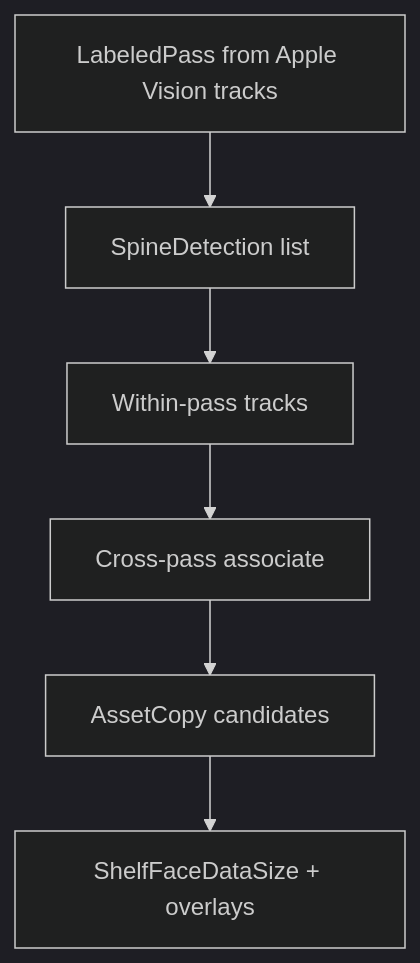
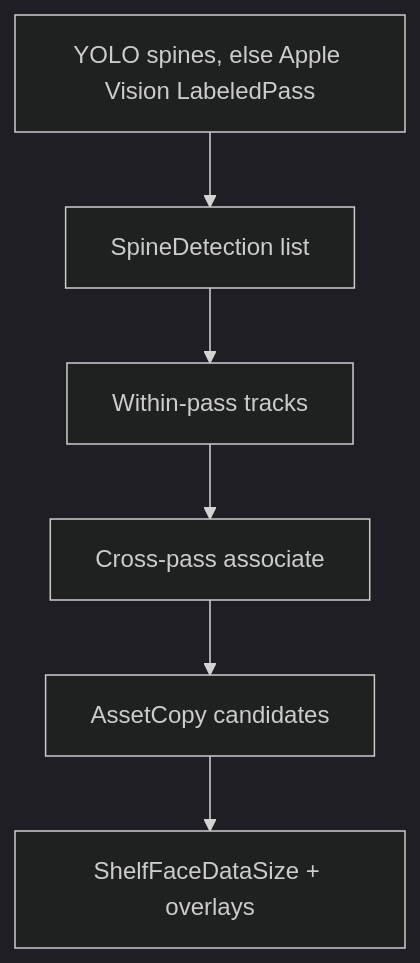
Before and after one commit to harshsinha-12/library-estimate: the eighth of 17 diagrams in docs/architecture.md, drawn with Mermaid (dark theme). The commit also changed other lines of this file and 9 other files, not shown here.

````diff
--- a/docs/architecture.md
+++ b/docs/architecture.md
@@ -395,8 +399,8 @@
 ```mermaid
 flowchart TB
-  LAB["LabeledPass from Apple Vision tracks"] --> DET["SpineDetection list"]
+  LAB["YOLO spines, else Apple Vision LabeledPass"] --> DET["SpineDetection list"]
   DET --> TR["Within-pass tracks"]
   TR --> AS["Cross-pass associate"]
   AS --> COPY["AssetCopy candidates"]
   COPY --> FACE["ShelfFaceDataSize + overlays"]
 ```
````
